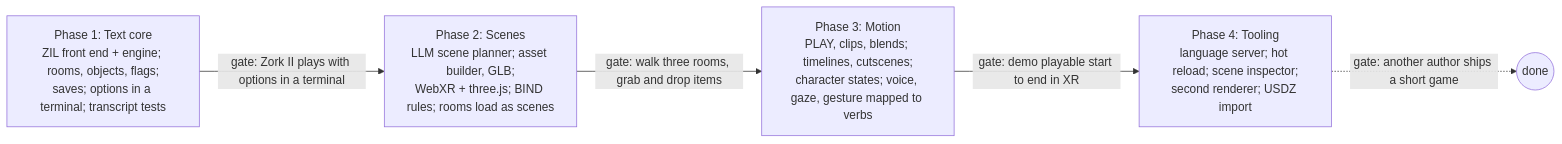
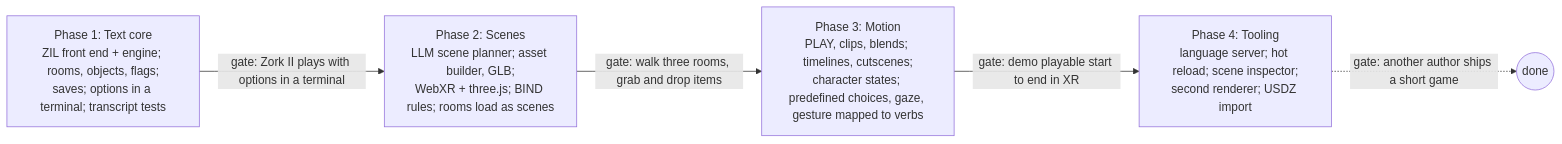
Before and after one commit to kariato/zxr: the third of 3 diagrams in docs/design.md, drawn with Mermaid. The commit also changed other lines of this file and 91 other files, not shown here.

````diff
--- a/docs/design.md
+++ b/docs/design.md
@@ -442,11 +444,11 @@
 ```mermaid
 flowchart LR
   P1["Phase 1: Text core<br/>ZIL front end + engine; rooms, objects, flags;<br/>saves; options in a terminal; transcript tests"]
   P2["Phase 2: Scenes<br/>LLM scene planner; asset builder, GLB;<br/>WebXR + three.js; BIND rules; rooms load as scenes"]
-  P3["Phase 3: Motion<br/>PLAY, clips, blends; timelines, cutscenes;<br/>character states; voice, gaze, gesture mapped to verbs"]
+  P3["Phase 3: Motion<br/>PLAY, clips, blends; timelines, cutscenes;<br/>character states; predefined choices, gaze, gesture mapped to verbs"]
   P4["Phase 4: Tooling<br/>language server; hot reload; scene inspector;<br/>second renderer; USDZ import"]
   P1 -- "gate: Zork II plays with options in a terminal" --> P2
   P2 -- "gate: walk three rooms, grab and drop items" --> P3
   P3 -- "gate: demo playable start to end in XR" --> P4
   P4 -. "gate: another author ships a short game" .-> DONE((done))
 ```
````
